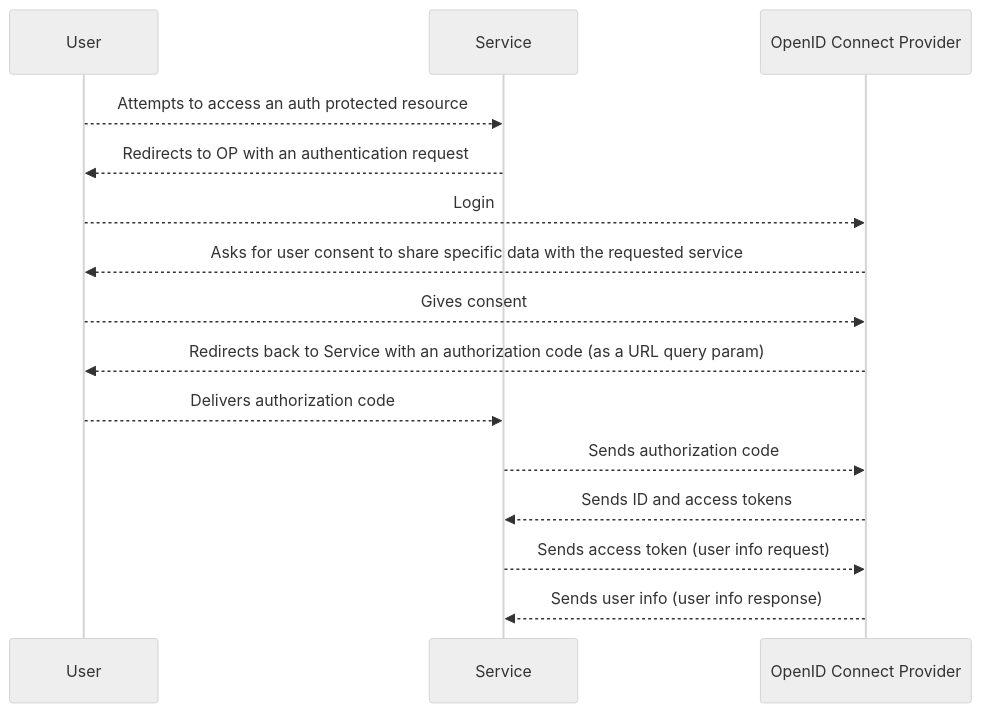
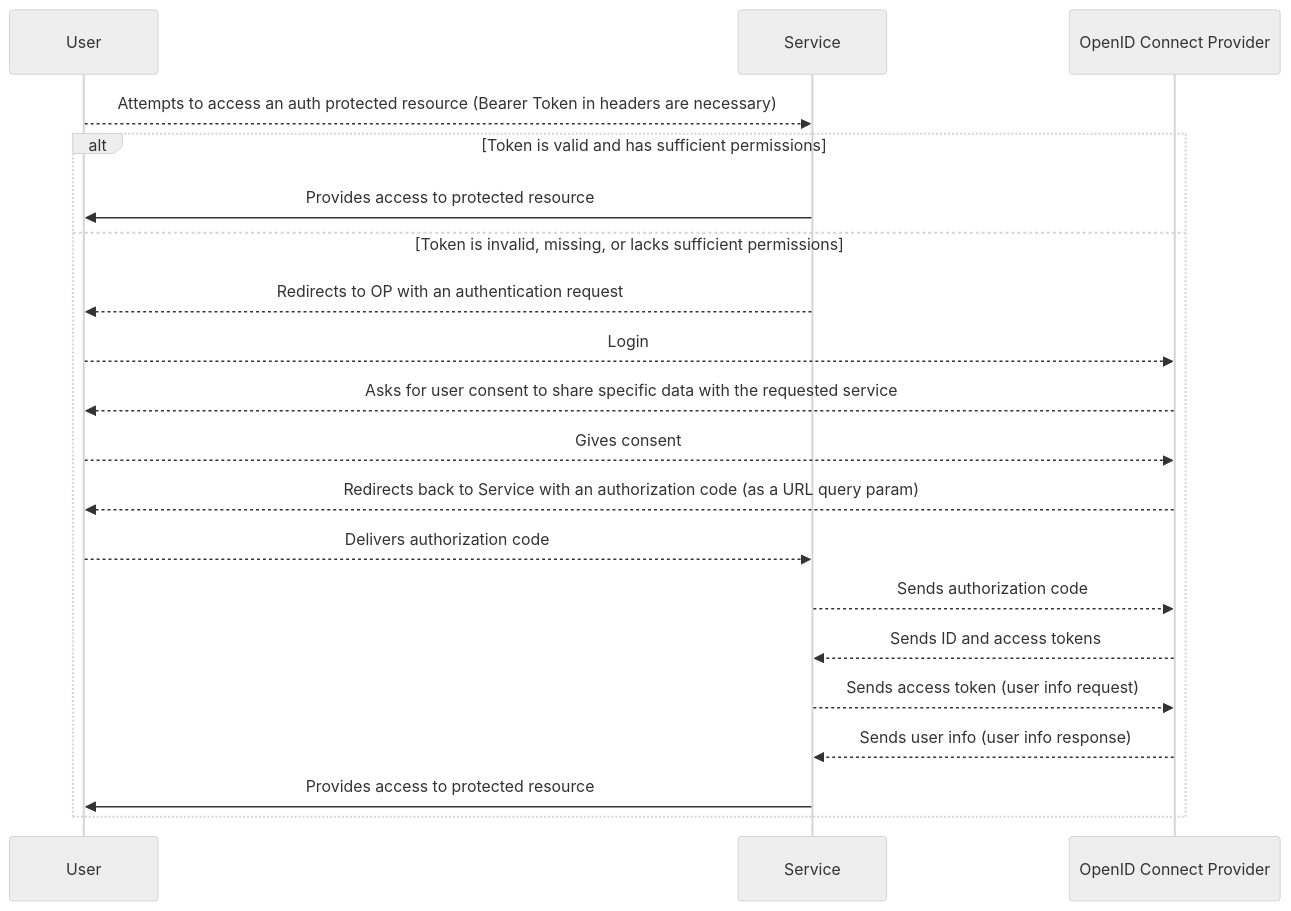
One commit to yactouat-reboot/pips_sso changed the diagram in README.md. Above: the diagram before and after it, drawn with Mermaid (neutral theme). The commit also changed other lines of this file and 2 other files, not shown here.

Commit message:
adding a happy path in the OIDC flow sequence diagram

````diff
--- a/README.md
+++ b/README.md
@@ -17,17 +17,22 @@
     ```mermaid
     sequenceDiagram
         participant User
         participant Service
         participant OP as OpenID Connect Provider
-        User-->>Service: Attempts to access an auth protected resource
-        Service-->>User: Redirects to OP with an authentication request
-        User-->>OP: Login
-        OP-->>User: Asks for user consent to share specific data with the requested service
-        User-->>OP: Gives consent
-        OP-->>User: Redirects back to Service with an authorization code (as a URL query param)
-        User-->>Service: Delivers authorization code
-        Service-->>OP: Sends authorization code
-        OP-->>Service: Sends ID and access tokens
-        Service-->>OP: Sends access token (user info request)
-        OP-->>Service: Sends user info (user info response)
+        User-->>Service: Attempts to access an auth protected resource (Bearer Token in headers are necessary)
+        alt Token is valid and has sufficient permissions
+            Service->>User: Provides access to protected resource
+        else Token is invalid, missing, or lacks sufficient permissions
+            Service-->>User: Redirects to OP with an authentication request
+            User-->>OP: Login
+            OP-->>User: Asks for user consent to share specific data with the requested service
+            User-->>OP: Gives consent
+            OP-->>User: Redirects back to Service with an authorization code (as a URL query param)
+            User-->>Service: Delivers authorization code
+            Service-->>OP: Sends authorization code
+            OP-->>Service: Sends ID and access tokens
+            Service-->>OP: Sends access token (user info request)
+            OP-->>Service: Sends user info (user info response)
+            Service->>User: Provides access to protected resource
+        end
     ```
````
